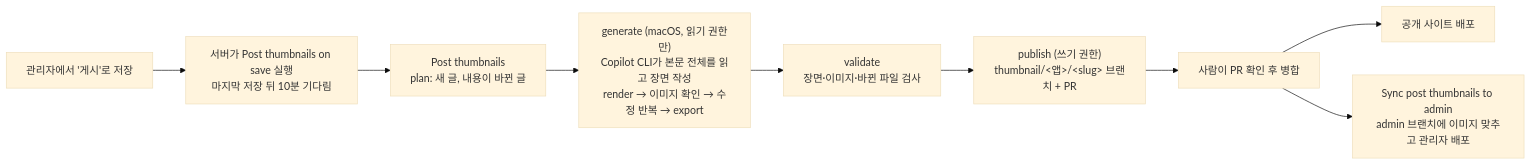
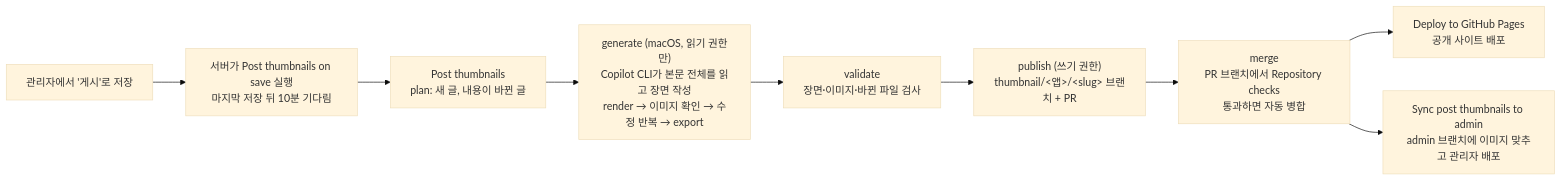
The diagram in tools/post-thumbs/README.md (oneot/elevate), drawn with Mermaid (base theme) before and after one commit. The commit also changed other lines of this file and 3 other files, not shown here.

````diff
--- a/tools/post-thumbs/README.md
+++ b/tools/post-thumbs/README.md
@@ -8,11 +9,11 @@
 ```mermaid
 flowchart LR
   A["관리자에서 '게시'로 저장"] --> S["서버가 Post thumbnails on save 실행<br/>마지막 저장 뒤 10분 기다림"]
   S --> B["Post thumbnails<br/>plan: 새 글, 내용이 바뀐 글"]
   B --> C["generate (macOS, 읽기 권한만)<br/>Copilot CLI가 본문 전체를 읽고 장면 작성<br/>render → 이미지 확인 → 수정 반복 → export"]
   C --> D["validate<br/>장면·이미지·바뀐 파일 검사"]
   D --> E["publish (쓰기 권한)<br/>thumbnail/&lt;앱&gt;/&lt;slug&gt; 브랜치 + PR"]
-  E --> F[사람이 PR 확인 후 병합]
-  F --> G[공개 사이트 배포]
-  F --> H["Sync post thumbnails to admin<br/>admin 브랜치에 이미지 맞추고 관리자 배포"]
+  E --> M["merge<br/>PR 브랜치에서 Repository checks<br/>통과하면 자동 병합"]
+  M --> G["Deploy to GitHub Pages<br/>공개 사이트 배포"]
+  M --> H["Sync post thumbnails to admin<br/>admin 브랜치에 이미지 맞추고 관리자 배포"]
 ```
````
